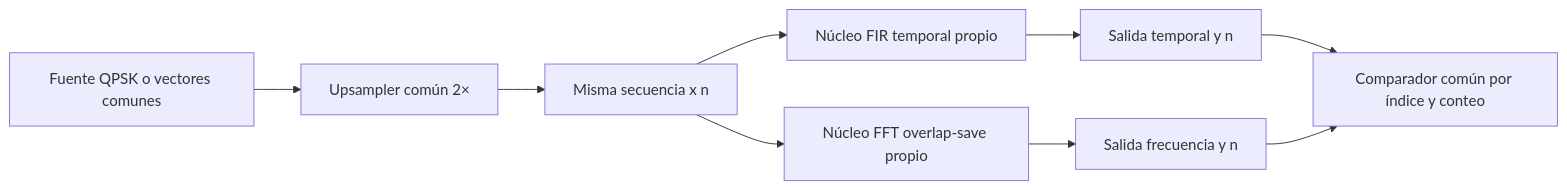
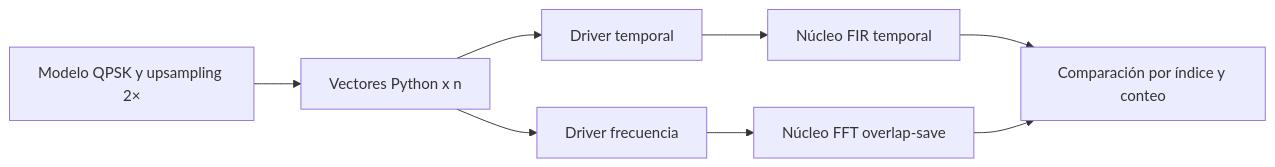
One commit to EnzoFernandezz11/rrc-fir-rtl changed the diagram in docs/revision-c01-y-modulos-comunes.md. Above: the diagram before and after it, drawn with Mermaid. The commit also changed other lines of this file and 3 other files, not shown here.

````diff
--- a/docs/revision-c01-y-modulos-comunes.md
+++ b/docs/revision-c01-y-modulos-comunes.md
@@ -75,11 +56,10 @@
 ```mermaid
 flowchart LR
-    SRC["Fuente QPSK o vectores comunes"] --> UP["Upsampler común 2×"]
-    UP --> X["Misma secuencia x n"]
-    X --> T["Núcleo FIR temporal propio"]
-    X --> F["Núcleo FFT overlap-save propio"]
-    T --> YT["Salida temporal y n"]
-    F --> YF["Salida frecuencia y n"]
-    YT --> CHECK["Comparador común por índice y conteo"]
-    YF --> CHECK
+    SRC["Modelo QPSK y upsampling 2×"] --> V["Vectores Python x n"]
+    V --> DT["Driver temporal"]
+    V --> DF["Driver frecuencia"]
+    DT --> T["Núcleo FIR temporal"]
+    DF --> F["Núcleo FFT overlap-save"]
+    T --> CHECK["Comparación por índice y conteo"]
+    F --> CHECK
 ```
````
